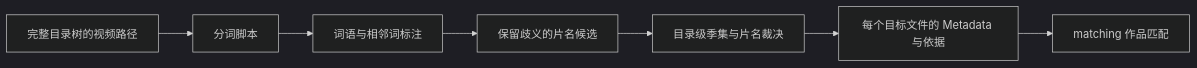
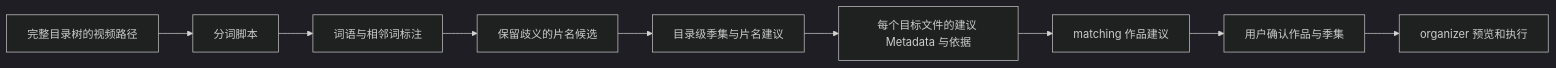
The diagram in docs/RECOGNITION.md (guhh110/JoyCurator), drawn with Mermaid (dark theme) before and after one commit. The commit also changed other lines of this file and 170 other files, not shown here.

````diff
--- a/docs/RECOGNITION.md
+++ b/docs/RECOGNITION.md
@@ -5,9 +5,11 @@
 ```mermaid
 flowchart LR
   A[完整目录树的视频路径] --> B[分词脚本]
   B --> C[词语与相邻词标注]
   C --> T[保留歧义的片名候选]
-  T --> D[目录级季集与片名裁决]
-  D --> E[每个目标文件的 Metadata 与依据]
-  E --> F[matching 作品匹配]
+  T --> D[目录级季集与片名建议]
+  D --> E[每个目标文件的建议 Metadata 与依据]
+  E --> F[matching 作品建议]
+  F --> G[用户确认作品与季集]
+  G --> H[organizer 预览和执行]
 ```
````
